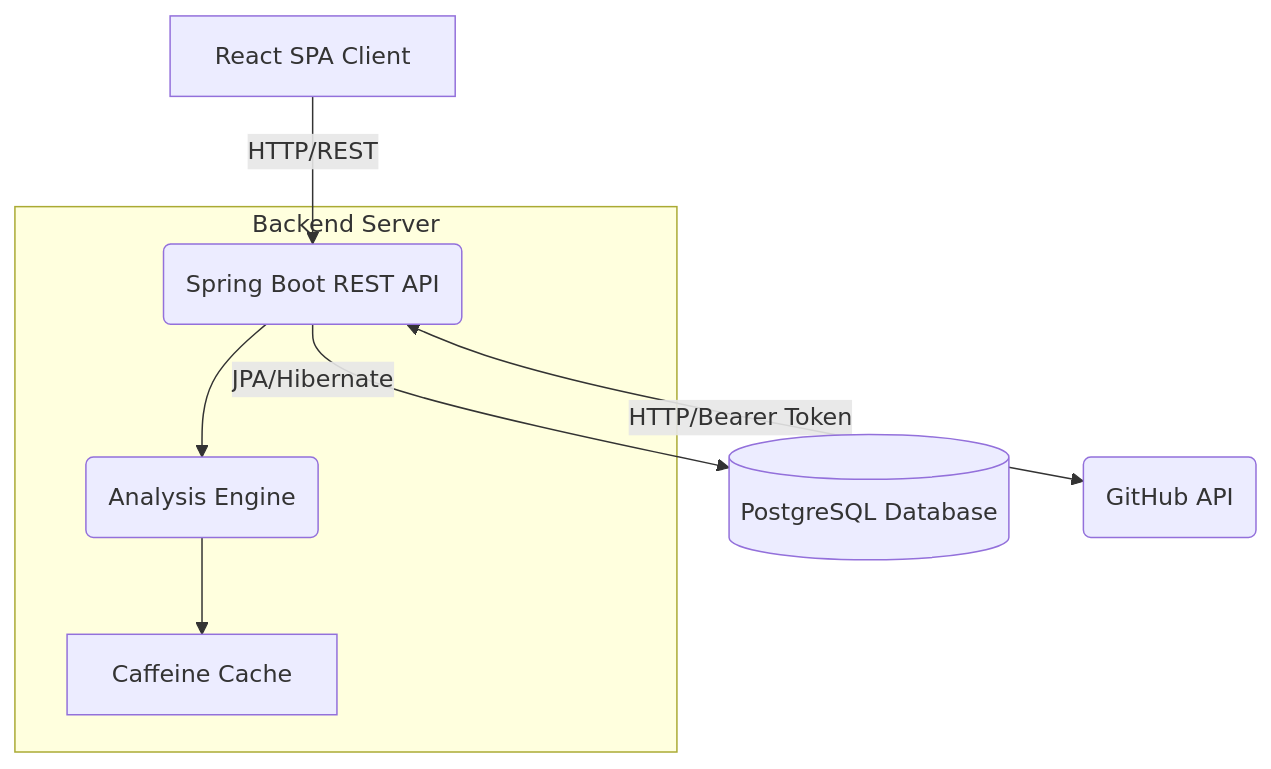
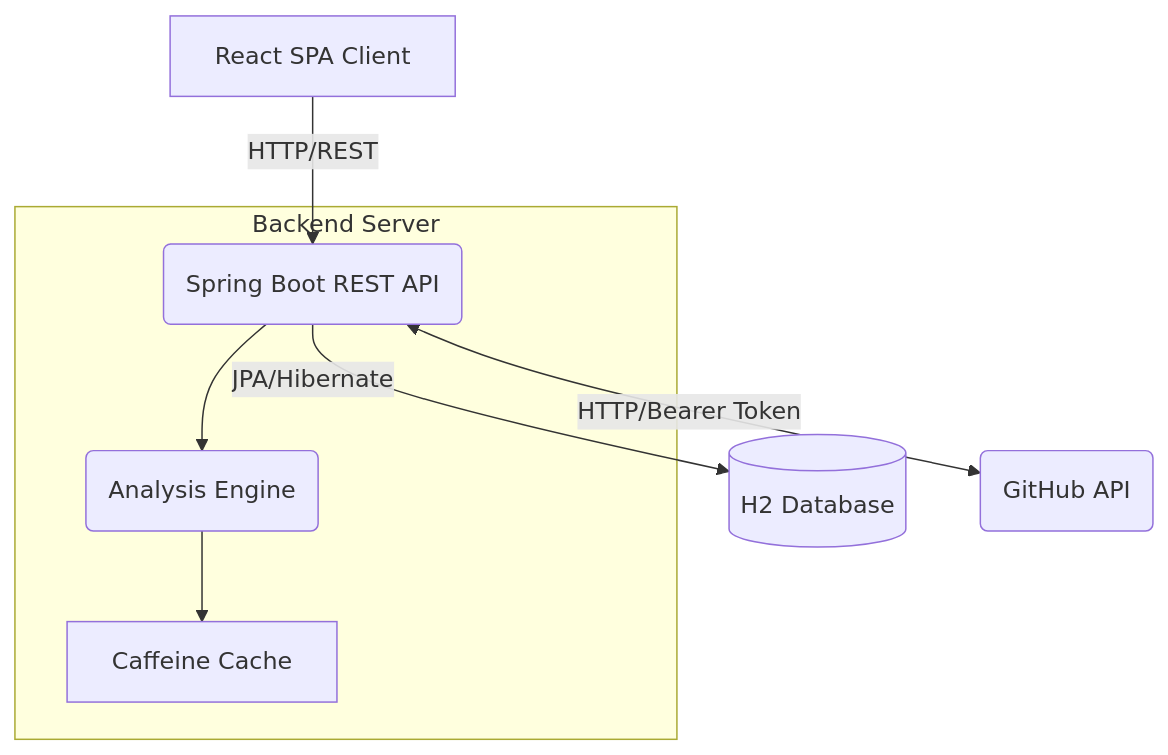
The first of 4 diagrams in ARCHITECTURE.md (omyadav3131/Repo-doctor), drawn with Mermaid before and after one commit. The commit also changed other lines of this file and 4 other files, not shown here.

````diff
--- a/ARCHITECTURE.md
+++ b/ARCHITECTURE.md
@@ -11,11 +11,11 @@
 ```mermaid
 graph TD
     Client[React SPA Client] -->|HTTP/REST| API(Spring Boot REST API)
-    API -->|JPA/Hibernate| DB[(PostgreSQL Database)]
+    API -->|JPA/Hibernate| DB[(H2 Database)]
     API <-->|HTTP/Bearer Token| GitHub(GitHub API)
     
     subgraph Backend Server
         API --> Engine(Analysis Engine)
         Engine --> Cache[Caffeine Cache]
     end
 ```
````
